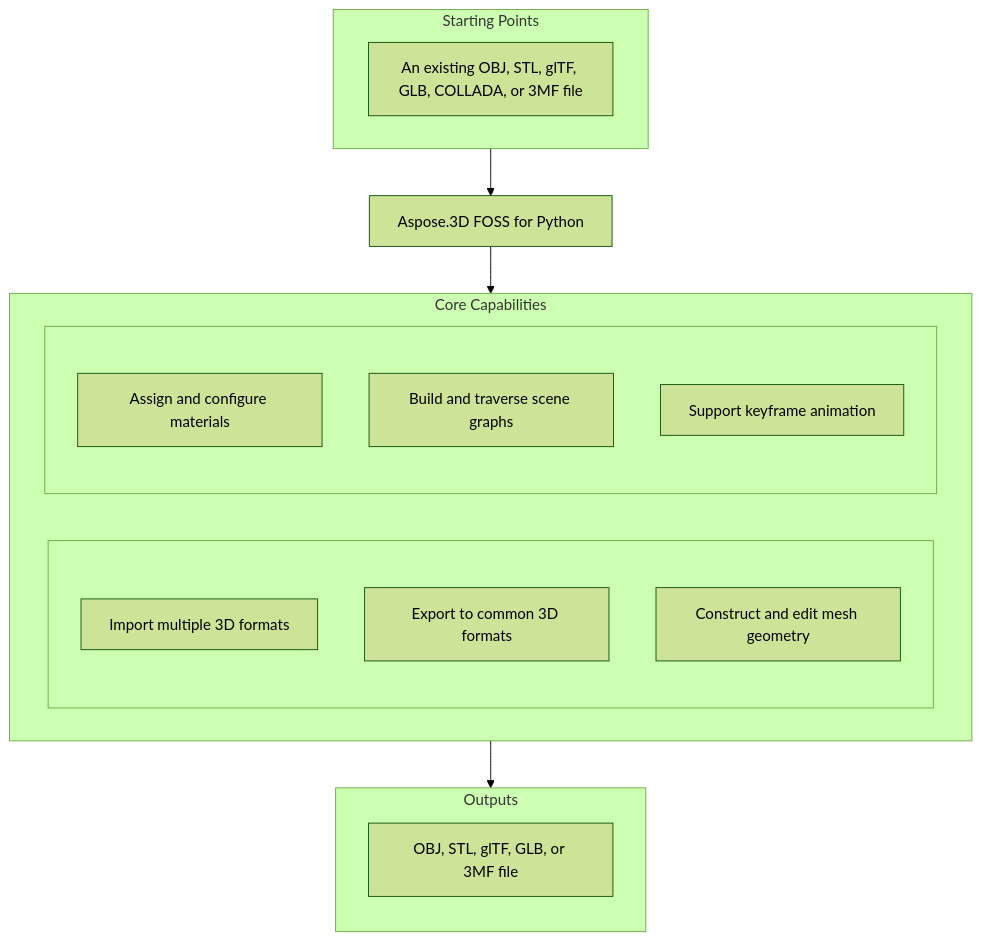
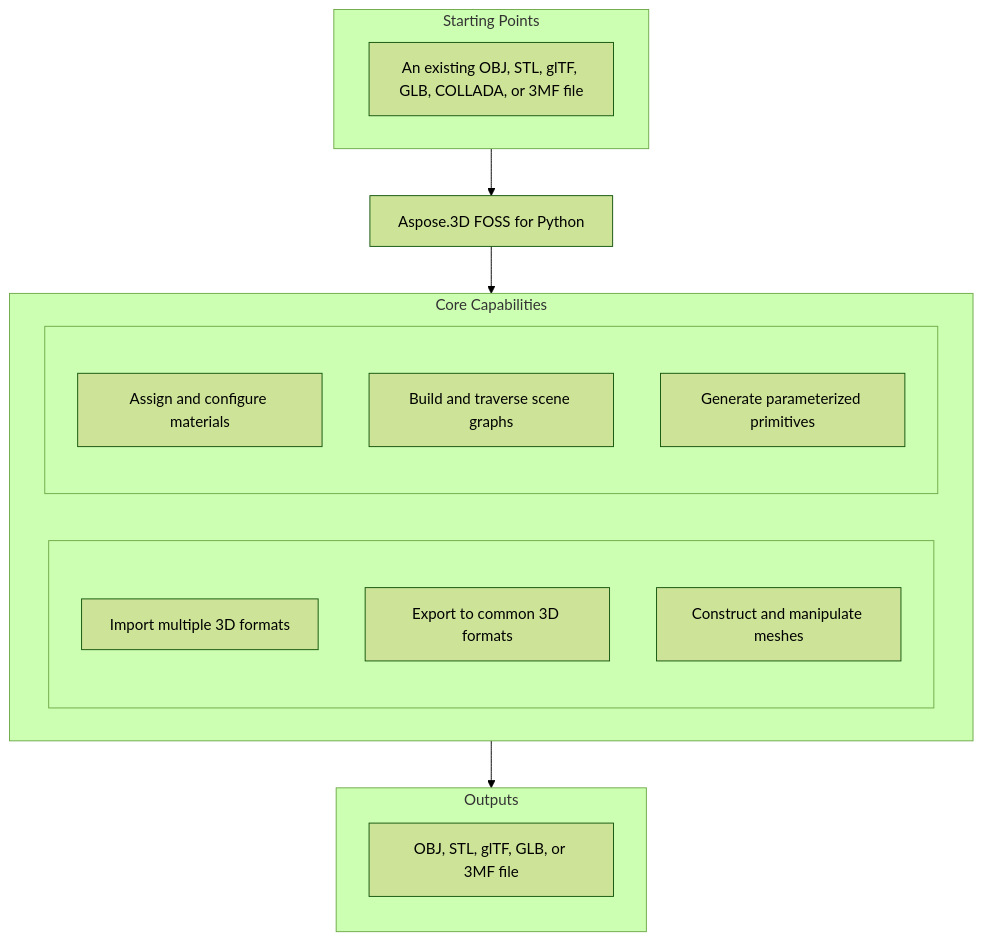
One commit to babar-raza/repository-presenter changed the diagram in candidates/aspose-3d-foss__Aspose.3D-FOSS-for-Python/65b1f577c0f16d0d9112bb6c1153d3024543ac02/README.md. Above: the diagram before and after it, drawn with Mermaid (forest theme). The commit also changed other lines of this file and 24 other files, not shown here.

````diff
--- a/candidates/aspose-3d-foss__Aspose.3D-FOSS-for-Python/65b1f577c0f16d0d9112bb6c1153d3024543ac02/README.md
+++ b/candidates/aspose-3d-foss__Aspose.3D-FOSS-for-Python/65b1f577c0f16d0d9112bb6c1153d3024543ac02/README.md
@@ -25,28 +25,28 @@
 ```mermaid
 flowchart TD
   subgraph StartingPoints["Starting Points"]
     direction LR
     i1["An existing OBJ, STL, glTF, GLB, COLLADA, or 3MF file"]
   end
   PRODUCT["Aspose.3D FOSS for Python"]
   subgraph Capabilities["Core Capabilities"]
     direction LR
     subgraph capl[" "]
       direction TB
       c1["Import multiple 3D formats"]
       c2["Export to common 3D formats"]
-      c3["Construct and edit mesh geometry"]
+      c3["Construct and manipulate meshes"]
     end
     subgraph capr[" "]
       direction TB
       c4["Assign and configure materials"]
       c5["Build and traverse scene graphs"]
-      c6["Support keyframe animation"]
+      c6["Generate parameterized primitives"]
     end
   end
   subgraph Outputs["Outputs"]
     direction TB
     o1["OBJ, STL, glTF, GLB, or 3MF file"]
   end
   StartingPoints --> PRODUCT --> Capabilities --> Outputs
 ```
````
